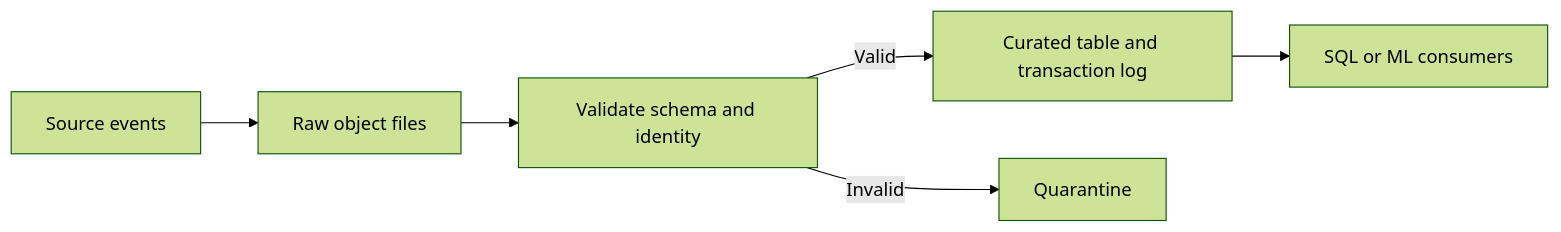
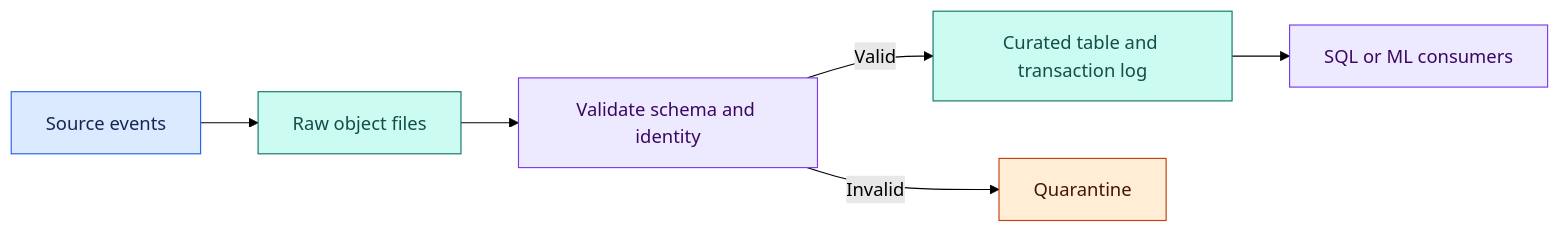
One commit to Shaktiprasadram22/system-design-26-week-roadmap changed the third of 4 diagrams in chapters/04-cloud-and-infrastructure.md. Above: the diagram before and after it, drawn with Mermaid (forest theme). The commit also changed other lines of this file and 21 other files, not shown here.

````diff
--- a/chapters/04-cloud-and-infrastructure.md
+++ b/chapters/04-cloud-and-infrastructure.md
@@ -239,8 +278,17 @@
 ```mermaid
 flowchart LR
     A[Source events] --> B[Raw object files]
     B --> C[Validate schema and identity]
     C -->|Valid| D[Curated table and transaction log]
     C -->|Invalid| E[Quarantine]
     D --> F[SQL or ML consumers]
+
+    classDef input fill:#dbeafe,stroke:#2563eb,color:#172554;
+    classDef service fill:#ede9fe,stroke:#7c3aed,color:#3b0764;
+    classDef data fill:#ccfbf1,stroke:#0f766e,color:#134e4a;
+    classDef edge fill:#ffedd5,stroke:#c2410c,color:#431407;
+    class A input;
+    class B,D data;
+    class C,F service;
+    class E edge;
 ```
````
